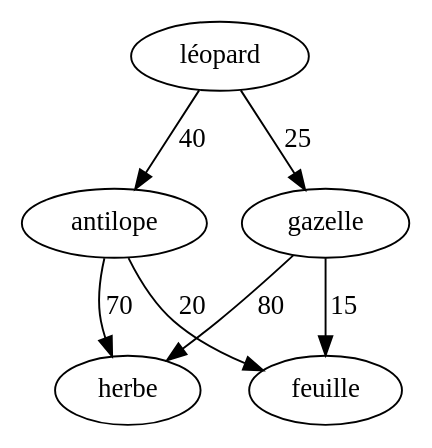
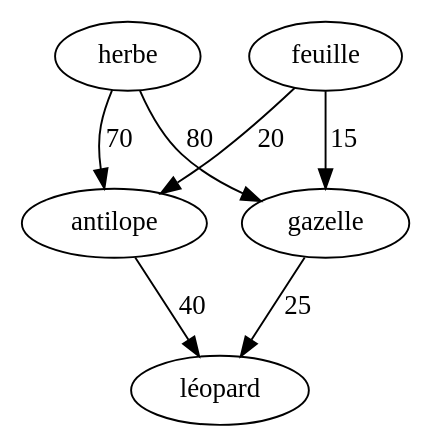
One commit to Thierryhuang12/projetTG changed the diagram in projet_th/cmake-build-debug/leopard.dot. Above: the diagram before and after it, drawn with Graphviz. The commit also changed 9 other files, not shown here.

```diff
--- a/projet_th/cmake-build-debug/leopard.dot
+++ b/projet_th/cmake-build-debug/leopard.dot
@@ -1,8 +1,8 @@
 digraph mongraphe {
-léopard -> antilope [label="40"];
-léopard -> gazelle [label="25"];
-antilope -> herbe [label="70"];
-antilope -> feuille [label="20"];
-gazelle -> herbe [label="80"];
-gazelle -> feuille [label="15"];
+antilope -> léopard [label="40"];
+gazelle -> léopard [label="25"];
+herbe -> antilope [label="70"];
+feuille -> antilope [label="20"];
+herbe -> gazelle [label="80"];
+feuille -> gazelle [label="15"];
 }
```
